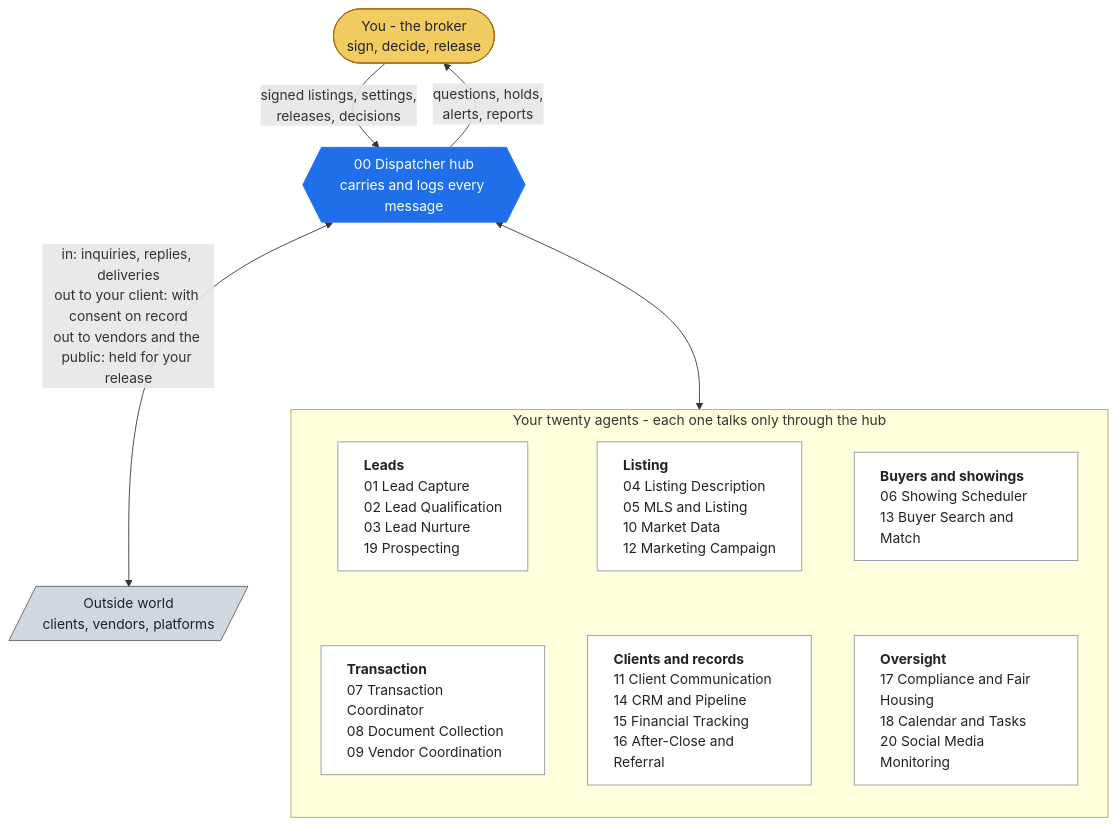
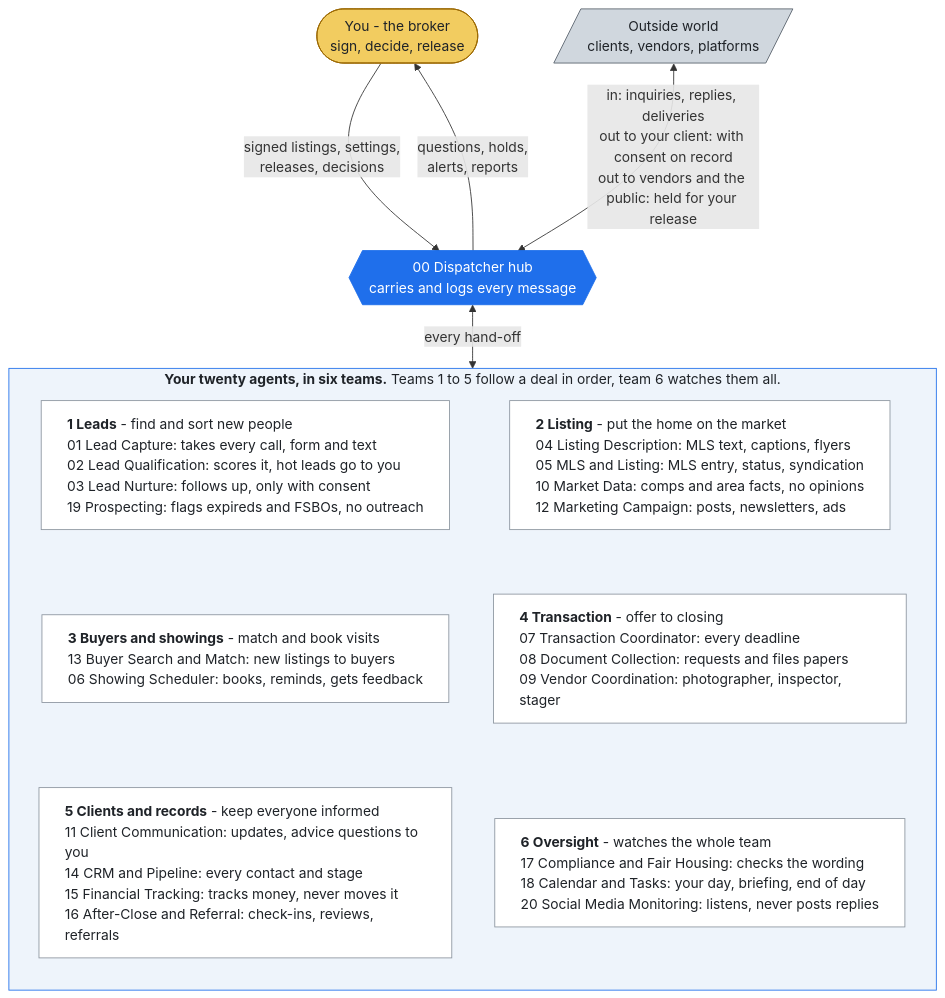
The first of 4 diagrams in README.md (QuietFireAI/listing-assistants), drawn with Mermaid before and after one commit. The commit also changed 5 other files, not shown here.

First line of the commit message:
Team diagram: explain the box - numbered teams in deal order, one line per agent

````diff
--- a/README.md
+++ b/README.md
@@ -36,30 +36,31 @@
 ```mermaid
+%%{init: {"flowchart": {"wrappingWidth": 420}}}%%
 flowchart TB
     B(["You - the broker<br/>sign, decide, release"])
     H{{"00 Dispatcher hub<br/>carries and logs every message"}}
     X[/"Outside world<br/>clients, vendors, platforms"/]
     B -- "signed listings, settings,<br/>releases, decisions" --> H
     H -- "questions, holds,<br/>alerts, reports" --> B
-    H <-- "in: inquiries, replies, deliveries<br/>out to your client: with consent on record<br/>out to vendors and the public: held for your release" --> X
-    subgraph TEAMBOX["Your twenty agents - each one talks only through the hub"]
+    X <-- "in: inquiries, replies, deliveries<br/>out to your client: with consent on record<br/>out to vendors and the public: held for your release" --> H
+    subgraph TEAMBOX["<b>Your twenty agents, in six teams.</b> Teams 1 to 5 follow a deal in order, team 6 watches them all."]
         direction TB
-        LEADS["<b>Leads</b><br/>01 Lead Capture<br/>02 Lead Qualification<br/>03 Lead Nurture<br/>19 Prospecting"]
-        LISTING["<b>Listing</b><br/>04 Listing Description<br/>05 MLS and Listing<br/>10 Market Data<br/>12 Marketing Campaign"]
-        BUYERS["<b>Buyers and showings</b><br/>06 Showing Scheduler<br/>13 Buyer Search and Match"]
-        DEAL["<b>Transaction</b><br/>07 Transaction Coordinator<br/>08 Document Collection<br/>09 Vendor Coordination"]
-        RECORDS["<b>Clients and records</b><br/>11 Client Communication<br/>14 CRM and Pipeline<br/>15 Financial Tracking<br/>16 After-Close and Referral"]
-        OVERSIGHT["<b>Oversight</b><br/>17 Compliance and Fair Housing<br/>18 Calendar and Tasks<br/>20 Social Media Monitoring"]
-        LEADS ~~~ DEAL
-        LISTING ~~~ RECORDS
-        BUYERS ~~~ OVERSIGHT
+        LEADS["<b>1 Leads</b> - find and sort new people<br/>01 Lead Capture: takes every call, form and text<br/>02 Lead Qualification: scores it, hot leads go to you<br/>03 Lead Nurture: follows up, only with consent<br/>19 Prospecting: flags expireds and FSBOs, no outreach"]
+        LISTING["<b>2 Listing</b> - put the home on the market<br/>04 Listing Description: MLS text, captions, flyers<br/>05 MLS and Listing: MLS entry, status, syndication<br/>10 Market Data: comps and area facts, no opinions<br/>12 Marketing Campaign: posts, newsletters, ads"]
+        BUYERS["<b>3 Buyers and showings</b> - match and book visits<br/>13 Buyer Search and Match: new listings to buyers<br/>06 Showing Scheduler: books, reminds, gets feedback"]
+        DEAL["<b>4 Transaction</b> - offer to closing<br/>07 Transaction Coordinator: every deadline<br/>08 Document Collection: requests and files papers<br/>09 Vendor Coordination: photographer, inspector, stager"]
+        RECORDS["<b>5 Clients and records</b> - keep everyone informed<br/>11 Client Communication: updates, advice questions to you<br/>14 CRM and Pipeline: every contact and stage<br/>15 Financial Tracking: tracks money, never moves it<br/>16 After-Close and Referral: check-ins, reviews, referrals"]
+        OVERSIGHT["<b>6 Oversight</b> - watches the whole team<br/>17 Compliance and Fair Housing: checks the wording<br/>18 Calendar and Tasks: your day, briefing, end of day<br/>20 Social Media Monitoring: listens, never posts replies"]
+        LEADS ~~~ BUYERS ~~~ RECORDS
+        LISTING ~~~ DEAL ~~~ OVERSIGHT
     end
-    H <--> TEAMBOX
+    H <-- "every hand-off" --> TEAMBOX
     classDef grp fill:#ffffff,stroke:#8c959f,color:#1f2328,text-align:left
     classDef you fill:#f2cc60,stroke:#9a6700,color:#1f2328
     classDef hub fill:#1f6feb,stroke:#1f6feb,color:#ffffff
     classDef out fill:#d0d7de,stroke:#57606a,color:#1f2328
     class B you
     class H hub
     class X out
     class LEADS,LISTING,BUYERS,DEAL,RECORDS,OVERSIGHT grp
+    style TEAMBOX fill:#eef4fb,stroke:#1f6feb,color:#1f2328
 ```
````
